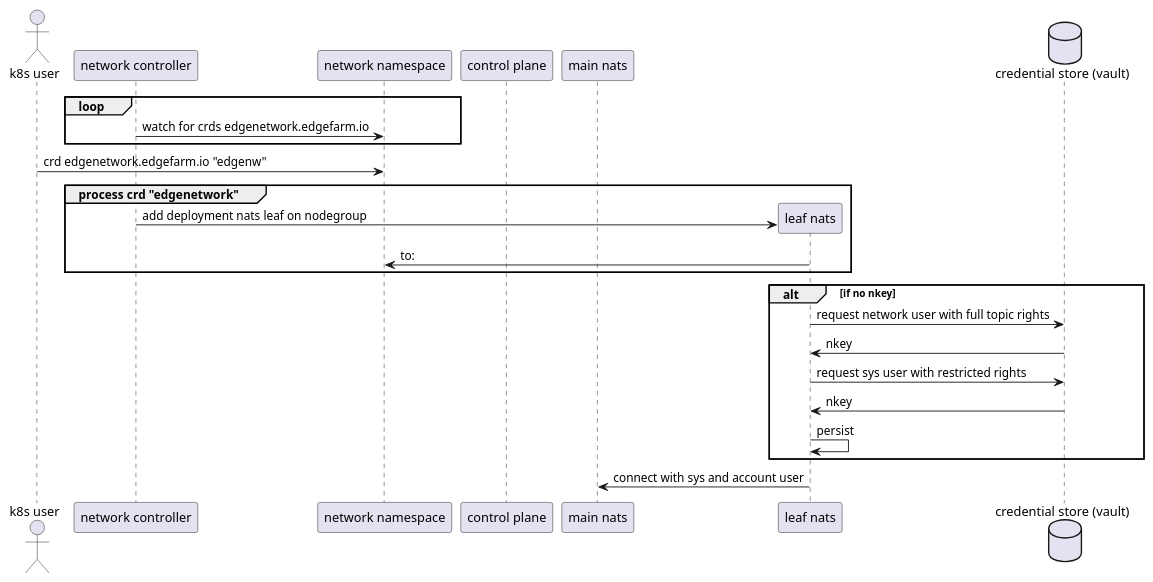
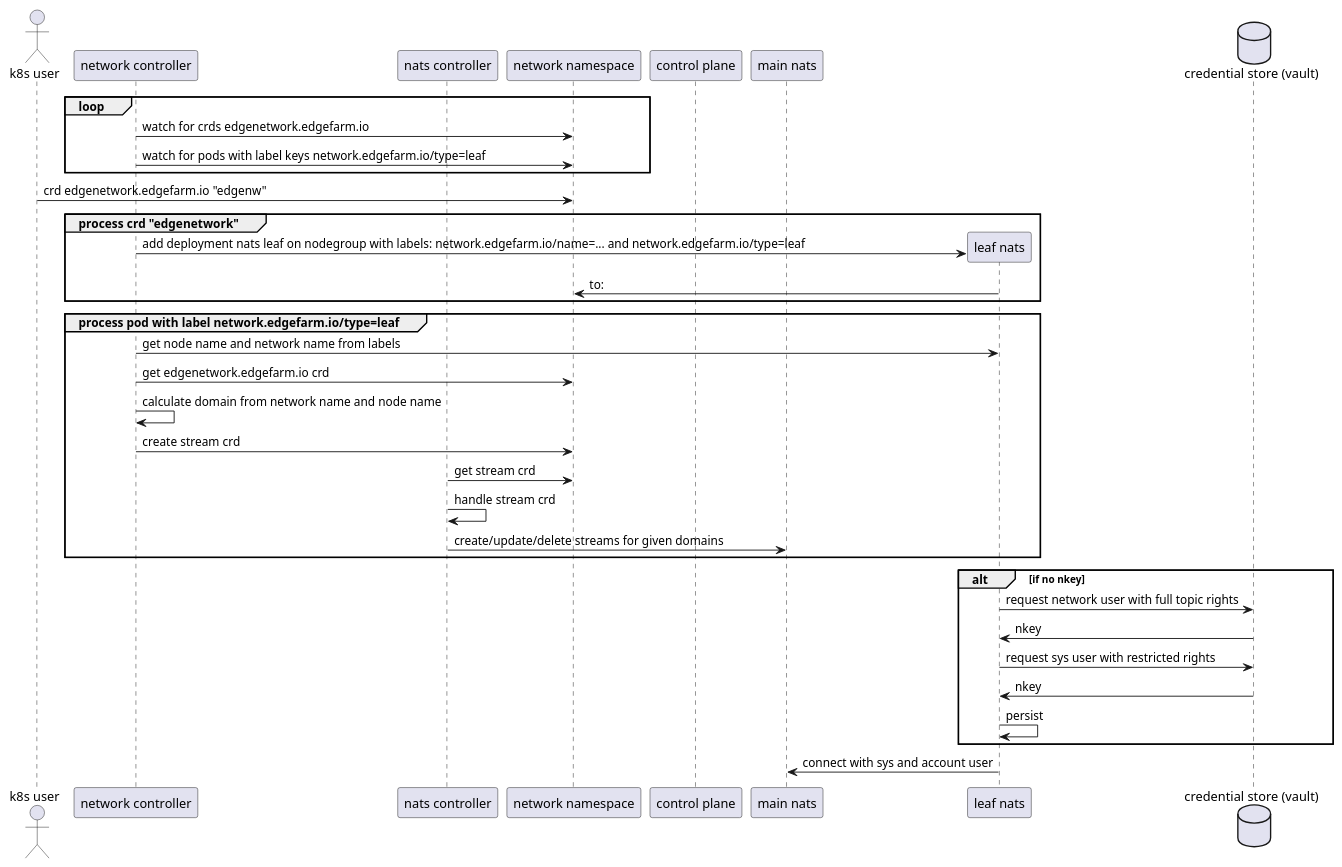
The tenth of 14 diagrams in docs/proposals/networking-rework-proposal.md (edgefarm/edgefarm.network), drawn with PlantUML before and after one commit. The commit also changed other lines of this file, not shown here.

Commit message:
docs: updated refacoring proposal

````diff
--- a/docs/proposals/networking-rework-proposal.md
+++ b/docs/proposals/networking-rework-proposal.md
@@ -417,34 +418,47 @@
 ```plantuml
 @startuml
 
 actor "k8s user" as user
 participant "network controller" as controller
+participant "nats controller" as natscontroller
 participant "network namespace" as namespace
 participant "control plane" as controlplane
 participant "main nats" as mainnats
 participant "leaf nats" as leafnats
 database "credential store (vault)" as vault
 
 loop
     controller -> namespace : watch for crds edgenetwork.edgefarm.io
+    controller -> namespace : watch for pods with label keys network.edgefarm.io/type=leaf
 end
 
 user -> namespace : crd edgenetwork.edgefarm.io "edgenw"
 
 group process crd "edgenetwork"
-    controller -> leafnats ** : add deployment nats leaf on nodegroup
+    controller -> leafnats ** : add deployment nats leaf on nodegroup with labels: network.edgefarm.io/name=... and network.edgefarm.io/type=leaf
     leafnats -> namespace : to:
+end
+
+group process pod with label network.edgefarm.io/type=leaf
+    controller -> leafnats: get node name and network name from labels
+    controller -> namespace: get edgenetwork.edgefarm.io crd
+    controller -> controller: calculate domain from network name and node name
+    controller -> namespace: create stream crd
+
+    natscontroller -> namespace: get stream crd
+    natscontroller -> natscontroller: handle stream crd
+    natscontroller -> mainnats: create/update/delete streams for given domains
 end
 
 alt if no nkey
     leafnats -> vault : request network user with full topic rights
     vault -> leafnats : nkey
     leafnats -> vault : request sys user with restricted rights
     vault -> leafnats : nkey
     leafnats -> leafnats : persist
 end
 
 leafnats -> mainnats : connect with sys and account user
 
 @enduml
 ```
````
